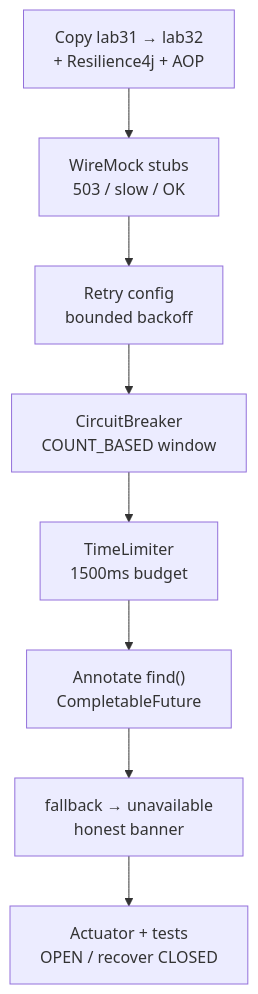
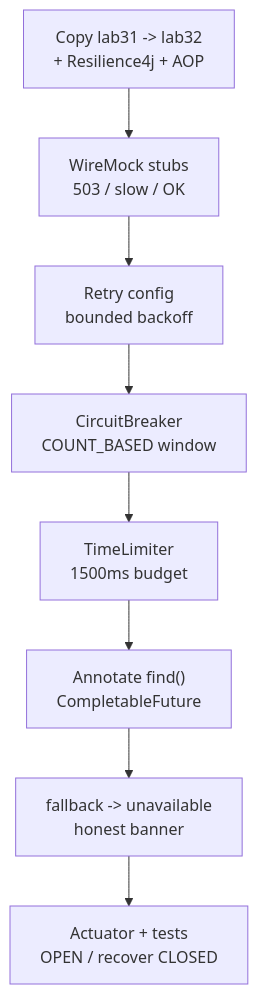
One commit to pupilliluke/bc-sw-engineer-java-participant changed the second of 2 diagrams in labs/Week 4 - Kafka, React, PostgreSQL and Resilience/module-32/lab32/LAB-32-GUIDE.md. Above: the diagram before and after it, drawn with Mermaid. The commit also changed other lines of this file and 55 other files, not shown here.

Commit message:
Stop publishing local screenshots; harden Mermaid for GitHub; sync only tracked lab files.

````diff
--- a/labs/Week 4 - Kafka, React, PostgreSQL and Resilience/module-32/lab32/LAB-32-GUIDE.md
+++ b/labs/Week 4 - Kafka, React, PostgreSQL and Resilience/module-32/lab32/LAB-32-GUIDE.md
@@ -98,10 +98,10 @@
 ```mermaid
 flowchart TD
-    A["Copy lab31 → lab32<br/>+ Resilience4j + AOP"] --> B["WireMock stubs<br/>503 / slow / OK"]
+    A["Copy lab31 -> lab32<br/>+ Resilience4j + AOP"] --> B["WireMock stubs<br/>503 / slow / OK"]
     B --> C["Retry config<br/>bounded backoff"]
     C --> D["CircuitBreaker<br/>COUNT_BASED window"]
     D --> E["TimeLimiter<br/>1500ms budget"]
     E --> F["Annotate find()<br/>CompletableFuture"]
-    F --> G["fallback → unavailable<br/>honest banner"]
+    F --> G["fallback -> unavailable<br/>honest banner"]
     G --> H["Actuator + tests<br/>OPEN / recover CLOSED"]
 ```
````
